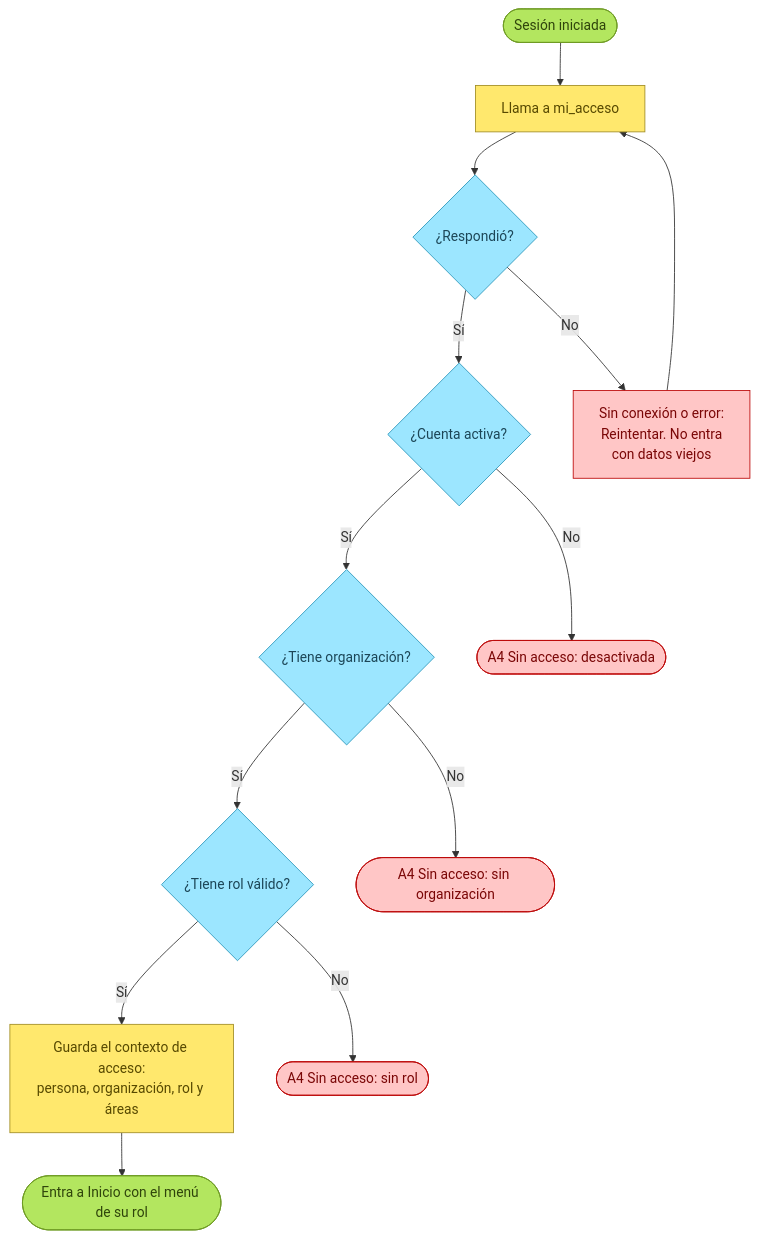
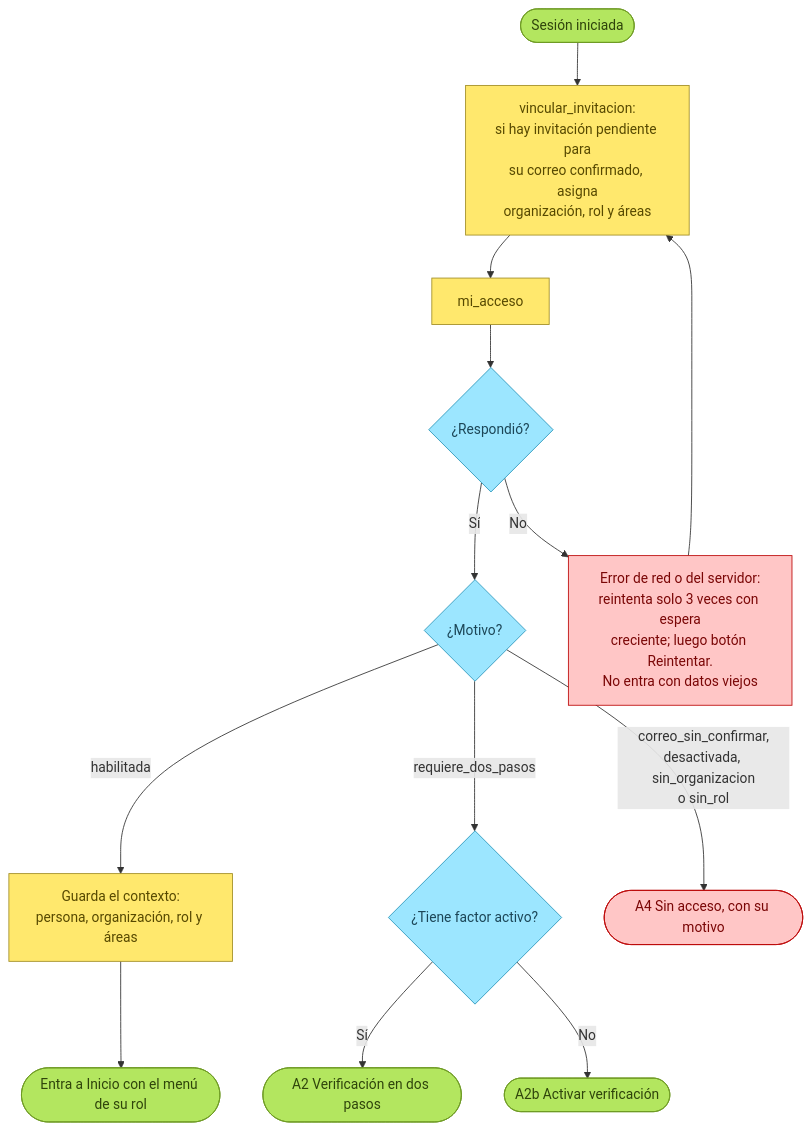
The fourth of 10 diagrams in docs/modulos/01-acceso.md (bernardoreveco/DentiHub), drawn with Mermaid before and after one commit. The commit also changed other lines of this file and 48 other files, not shown here.

````diff
--- a/docs/modulos/01-acceso.md
+++ b/docs/modulos/01-acceso.md
@@ -81,30 +128,29 @@
 ```mermaid
 flowchart TD
     classDef ini fill:#B3E65F,stroke:#6E9A24,color:#2F440B
     classDef paso fill:#FFE86D,stroke:#A28E26,color:#574900
     classDef dec fill:#9CE6FF,stroke:#2C97BB,color:#1C4657
     classDef no fill:#FFC6C6,stroke:#BD0A0A,color:#7A0606
 
     c1([Sesión iniciada]):::ini
-    c2[Llama a mi_acceso]:::paso
-    c3{¿Respondió?}:::dec
-    c4{¿Cuenta activa?}:::dec
-    c5{¿Tiene organización?}:::dec
-    c6{¿Tiene rol válido?}:::dec
-    c7[Guarda el contexto de acceso:<br/>persona, organización, rol y áreas]:::paso
+    c2[vincular_invitacion:<br/>si hay invitación pendiente para<br/>su correo confirmado, asigna<br/>organización, rol y áreas]:::paso
+    c3[mi_acceso]:::paso
+    c4{¿Respondió?}:::dec
+    c5{¿Motivo?}:::dec
+    c6{¿Tiene factor activo?}:::dec
+    c7[Guarda el contexto:<br/>persona, organización, rol y áreas]:::paso
     c8([Entra a Inicio con el menú de su rol]):::ini
-    e1[Sin conexión o error:<br/>Reintentar. No entra<br/>con datos viejos]:::no
-    s1([A4 Sin acceso: desactivada]):::no
-    s2([A4 Sin acceso: sin organización]):::no
-    s3([A4 Sin acceso: sin rol]):::no
+    e1[Error de red o del servidor:<br/>reintenta solo 3 veces con espera<br/>creciente; luego botón Reintentar.<br/>No entra con datos viejos]:::no
+    a2([A2 Verificación en dos pasos]):::ini
+    a2b([A2b Activar verificación]):::ini
+    a4([A4 Sin acceso, con su motivo]):::no
 
-    c1 --> c2 --> c3
-    c3 -- No --> e1 --> c2
-    c3 -- Sí --> c4
-    c4 -- No --> s1
+    c1 --> c2 --> c3 --> c4
+    c4 -- No --> e1 --> c2
     c4 -- Sí --> c5
-    c5 -- No --> s2
-    c5 -- Sí --> c6
-    c6 -- No --> s3
-    c6 -- Sí --> c7 --> c8
+    c5 -- habilitada --> c7 --> c8
+    c5 -- requiere_dos_pasos --> c6
+    c6 -- Sí --> a2
+    c6 -- No --> a2b
+    c5 -- correo_sin_confirmar,<br/>desactivada, sin_organizacion<br/>o sin_rol --> a4
 ```
````
